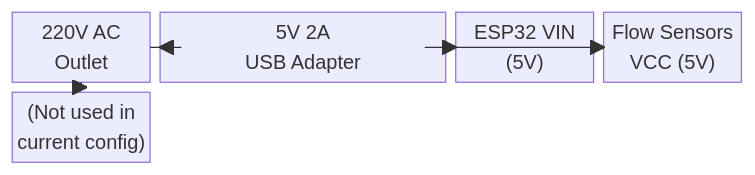
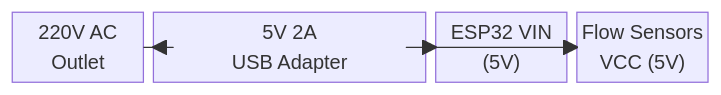
The second of 3 diagrams in docs/block-diagram.md (qppd/water-meter), drawn with Mermaid before and after one commit. The commit also changed other lines of this file and 8 other files, not shown here.

````diff
--- a/docs/block-diagram.md
+++ b/docs/block-diagram.md
@@ -165,19 +129,16 @@
 ```mermaid
 block-beta
     columns 5
     
     AC["220V AC<br/>Outlet"]:1
     
     PSU["5V 2A<br/>USB Adapter"]:2
     
     ESPV["ESP32 VIN<br/>(5V)"]:1
     
     SensorV["Flow Sensors<br/>VCC (5V)"]:1
     
     AC --> PSU
     PSU --> ESPV
     PSU --> SensorV
-    
-    AC --> Valves12
-    Valves12["(Not used in<br/>current config)"]:1
 ```
````
